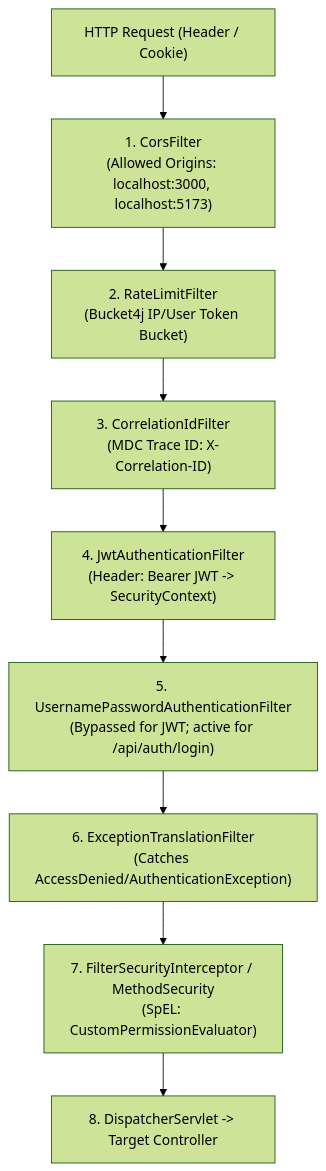
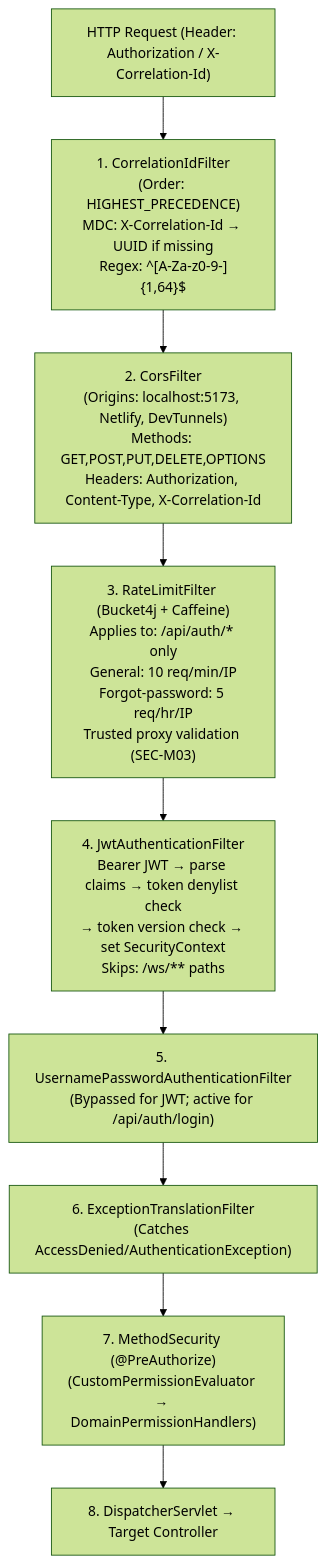
One commit to srikarthickeyanganapathy/Ryokai_backend changed the diagram in docs/security.md. Above: the diagram before and after it, drawn with Mermaid (forest theme). The commit also changed other lines of this file and 32 other files, not shown here.

Commit message:
feat: implement multi-tenant taskflow architecture with audit logging, evidence tracking, and comprehensive operations documentation

````diff
--- a/docs/security.md
+++ b/docs/security.md
@@ -9,11 +9,11 @@
 ```mermaid
 graph TD
-    ClientRequest["HTTP Request (Header / Cookie)"] --> CorsFilter["1. CorsFilter<br/>(Allowed Origins: localhost:3000, localhost:5173)"]
-    CorsFilter --> RateLimitFilter["2. RateLimitFilter<br/>(Bucket4j IP/User Token Bucket)"]
-    RateLimitFilter --> CorrelationIdFilter["3. CorrelationIdFilter<br/>(MDC Trace ID: X-Correlation-ID)"]
-    CorrelationIdFilter --> JwtAuthFilter["4. JwtAuthenticationFilter<br/>(Header: Bearer JWT -> SecurityContext)"]
+    ClientRequest["HTTP Request (Header: Authorization / X-Correlation-Id)"] --> CorrelationIdFilter["1. CorrelationIdFilter<br/>(Order: HIGHEST_PRECEDENCE)<br/>MDC: X-Correlation-Id → UUID if missing<br/>Regex: ^[A-Za-z0-9-]{1,64}$"]
+    CorrelationIdFilter --> CorsFilter["2. CorsFilter<br/>(Origins: localhost:5173, Netlify, DevTunnels)<br/>Methods: GET,POST,PUT,DELETE,OPTIONS<br/>Headers: Authorization, Content-Type, X-Correlation-Id"]
+    CorsFilter --> RateLimitFilter["3. RateLimitFilter (Bucket4j + Caffeine)<br/>Applies to: /api/auth/* only<br/>General: 10 req/min/IP<br/>Forgot-password: 5 req/hr/IP<br/>Trusted proxy validation (SEC-M03)"]
+    RateLimitFilter --> JwtAuthFilter["4. JwtAuthenticationFilter<br/>Bearer JWT → parse claims → token denylist check<br/>→ token version check → set SecurityContext<br/>Skips: /ws/** paths"]
     JwtAuthFilter --> UserAuthFilter["5. UsernamePasswordAuthenticationFilter<br/>(Bypassed for JWT; active for /api/auth/login)"]
     UserAuthFilter --> ExceptionFilter["6. ExceptionTranslationFilter<br/>(Catches AccessDenied/AuthenticationException)"]
-    ExceptionFilter --> SecurityInterceptor["7. FilterSecurityInterceptor / MethodSecurity<br/>(SpEL: CustomPermissionEvaluator)"]
-    SecurityInterceptor --> DispatcherServlet["8. DispatcherServlet -> Target Controller"]
+    ExceptionFilter --> SecurityInterceptor["7. MethodSecurity (@PreAuthorize)<br/>(CustomPermissionEvaluator → DomainPermissionHandlers)"]
+    SecurityInterceptor --> DispatcherServlet["8. DispatcherServlet → Target Controller"]
 ```
````
